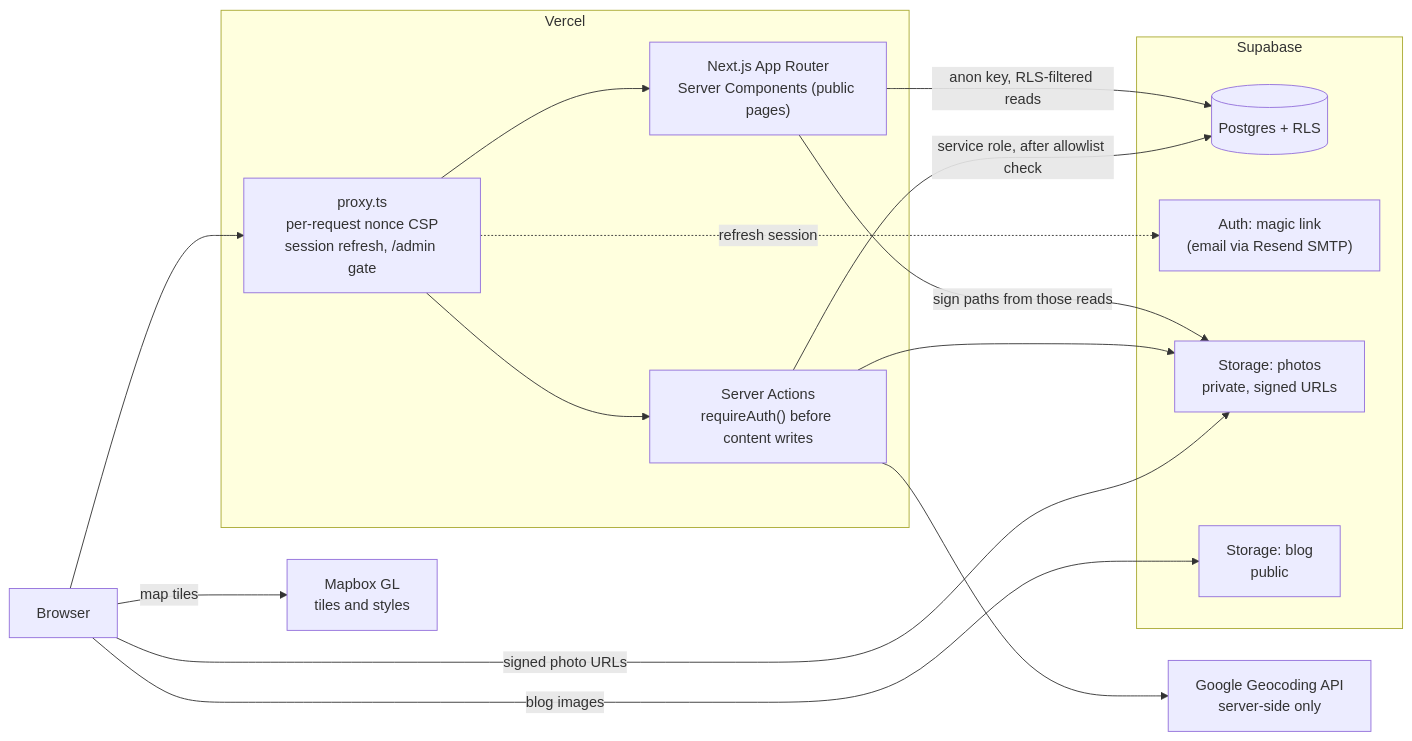
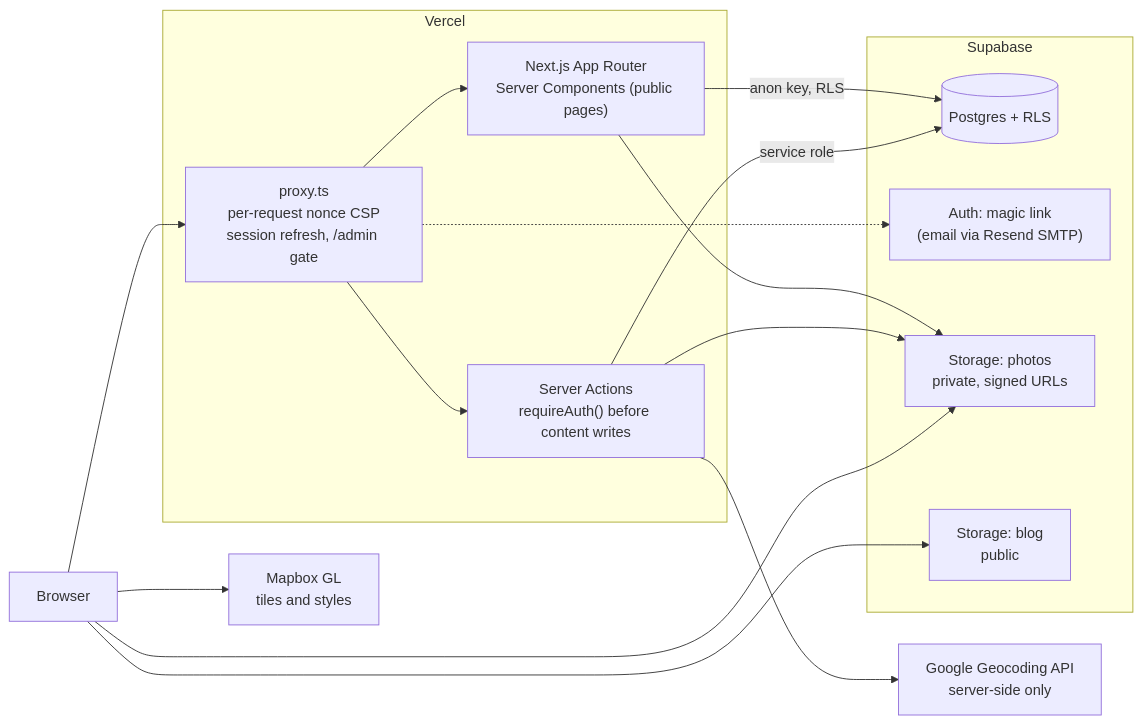
Before and after one commit to vidhartbhatia/sips: the diagram in README.md, drawn with Mermaid. The commit also changed other lines of this file and 1 other file, not shown here.

Commit message:
docs: scope bylines and signup claims, note no published posts, lighter diagram labels

````diff
--- a/README.md
+++ b/README.md
@@ -32,32 +32,32 @@
 ```mermaid
 flowchart LR
   browser["Browser"]
 
   subgraph vercel["Vercel"]
     proxy["proxy.ts<br/>per-request nonce CSP<br/>session refresh, /admin gate"]
     rsc["Next.js App Router<br/>Server Components (public pages)"]
     actions["Server Actions<br/>requireAuth() before content writes"]
   end
 
   subgraph supabase["Supabase"]
     db[("Postgres + RLS")]
     auth["Auth: magic link<br/>(email via Resend SMTP)"]
     photos["Storage: photos<br/>private, signed URLs"]
     blog["Storage: blog<br/>public"]
   end
 
   mapbox["Mapbox GL<br/>tiles and styles"]
   geocode["Google Geocoding API<br/>server-side only"]
 
   browser --> proxy --> rsc
   proxy --> actions
-  rsc -- "anon key, RLS-filtered reads" --> db
-  rsc -- "sign paths from those reads" --> photos
-  actions -- "service role, after allowlist check" --> db
+  proxy -.-> auth
+  rsc -- "anon key, RLS" --> db
+  rsc --> photos
+  actions -- "service role" --> db
   actions --> photos
   actions --> geocode
-  proxy -. "refresh session" .-> auth
-  browser -- "map tiles" --> mapbox
-  browser -- "signed photo URLs" --> photos
-  browser -- "blog images" --> blog
+  browser --> mapbox
+  browser --> photos
+  browser --> blog
 ```
````
